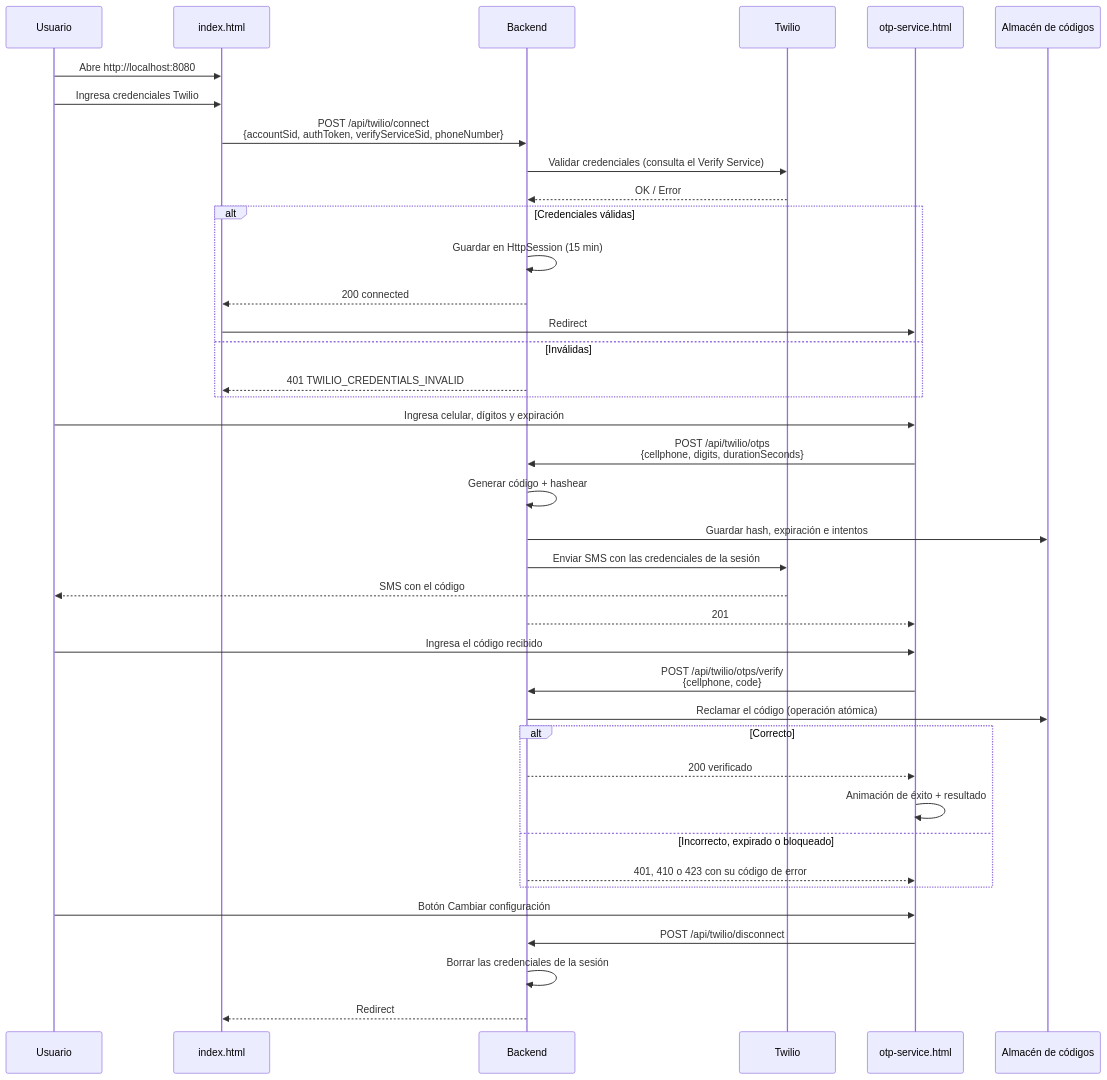
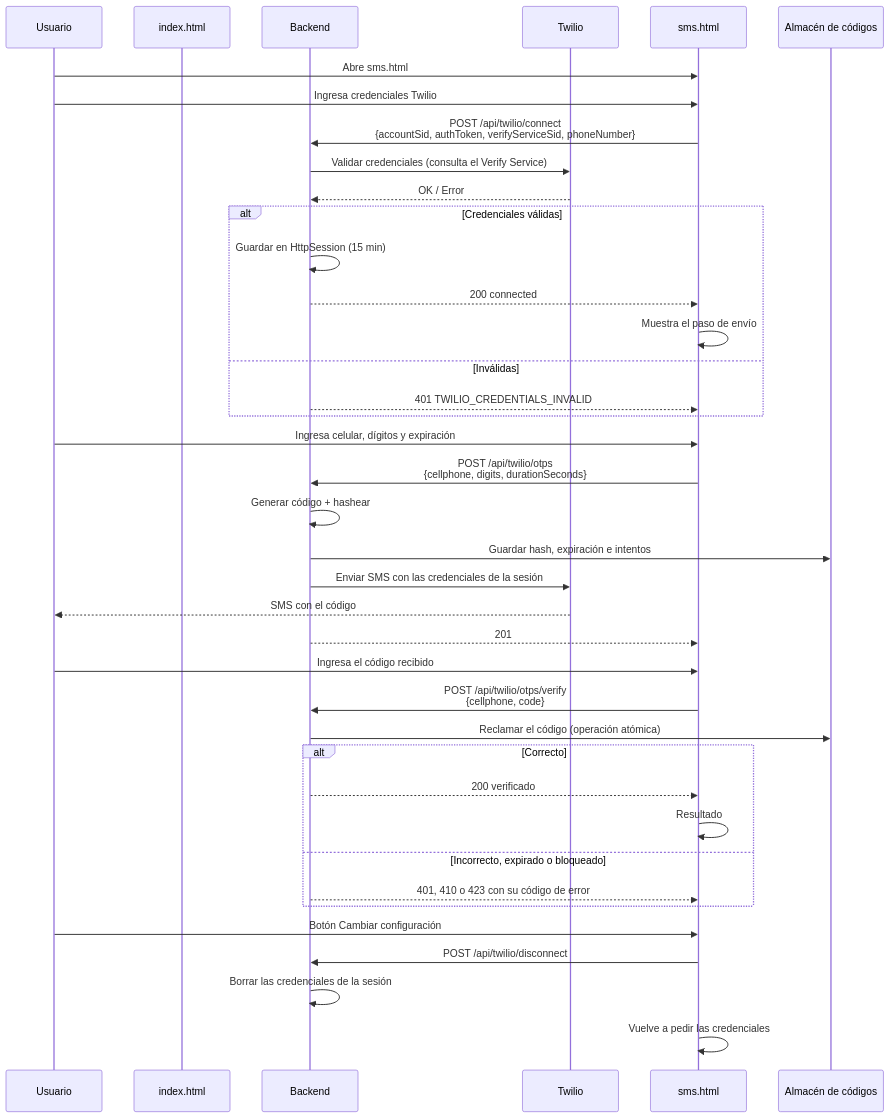
Before and after one commit to JoshRivas313/OTP-Service: the second of 3 diagrams in README.md, drawn with Mermaid. The commit also changed other lines of this file and 5 other files, not shown here.

Commit message:
docs: update README and architecture for the new protocols, channels and error codes

````diff
--- a/README.md
+++ b/README.md
@@ -807,45 +746,45 @@
 ```mermaid
 sequenceDiagram
     participant Usuario
     participant index.html
     participant Backend
     participant Twilio
-    participant otp-service.html
+    participant sms.html
     participant Store as Almacén de códigos
 
-    Usuario->>index.html: Abre http://localhost:8080
-    Usuario->>index.html: Ingresa credenciales Twilio
-    index.html->>Backend: POST /api/twilio/connect<br/>{accountSid, authToken, verifyServiceSid, phoneNumber}
+    Usuario->>sms.html: Abre sms.html
+    Usuario->>sms.html: Ingresa credenciales Twilio
+    sms.html->>Backend: POST /api/twilio/connect<br/>{accountSid, authToken, verifyServiceSid, phoneNumber}
     Backend->>Twilio: Validar credenciales (consulta el Verify Service)
     Twilio-->>Backend: OK / Error
     alt Credenciales válidas
         Backend->>Backend: Guardar en HttpSession (15 min)
-        Backend-->>index.html: 200 connected
-        index.html->>otp-service.html: Redirect
+        Backend-->>sms.html: 200 connected
+        sms.html->>sms.html: Muestra el paso de envío
     else Inválidas
-        Backend-->>index.html: 401 TWILIO_CREDENTIALS_INVALID
+        Backend-->>sms.html: 401 TWILIO_CREDENTIALS_INVALID
     end
 
-    Usuario->>otp-service.html: Ingresa celular, dígitos y expiración
-    otp-service.html->>Backend: POST /api/twilio/otps<br/>{cellphone, digits, durationSeconds}
+    Usuario->>sms.html: Ingresa celular, dígitos y expiración
+    sms.html->>Backend: POST /api/twilio/otps<br/>{cellphone, digits, durationSeconds}
     Backend->>Backend: Generar código + hashear
     Backend->>Store: Guardar hash, expiración e intentos
     Backend->>Twilio: Enviar SMS con las credenciales de la sesión
     Twilio-->>Usuario: SMS con el código
-    Backend-->>otp-service.html: 201
+    Backend-->>sms.html: 201
 
-    Usuario->>otp-service.html: Ingresa el código recibido
-    otp-service.html->>Backend: POST /api/twilio/otps/verify<br/>{cellphone, code}
+    Usuario->>sms.html: Ingresa el código recibido
+    sms.html->>Backend: POST /api/twilio/otps/verify<br/>{cellphone, code}
     Backend->>Store: Reclamar el código (operación atómica)
     alt Correcto
-        Backend-->>otp-service.html: 200 verificado
-        otp-service.html->>otp-service.html: Animación de éxito + resultado
+        Backend-->>sms.html: 200 verificado
+        sms.html->>sms.html: Resultado
     else Incorrecto, expirado o bloqueado
-        Backend-->>otp-service.html: 401, 410 o 423 con su código de error
+        Backend-->>sms.html: 401, 410 o 423 con su código de error
     end
 
-    Usuario->>otp-service.html: Botón Cambiar configuración
-    otp-service.html->>Backend: POST /api/twilio/disconnect
+    Usuario->>sms.html: Botón Cambiar configuración
+    sms.html->>Backend: POST /api/twilio/disconnect
     Backend->>Backend: Borrar las credenciales de la sesión
-    Backend-->>index.html: Redirect
+    sms.html->>sms.html: Vuelve a pedir las credenciales
 ```
````
